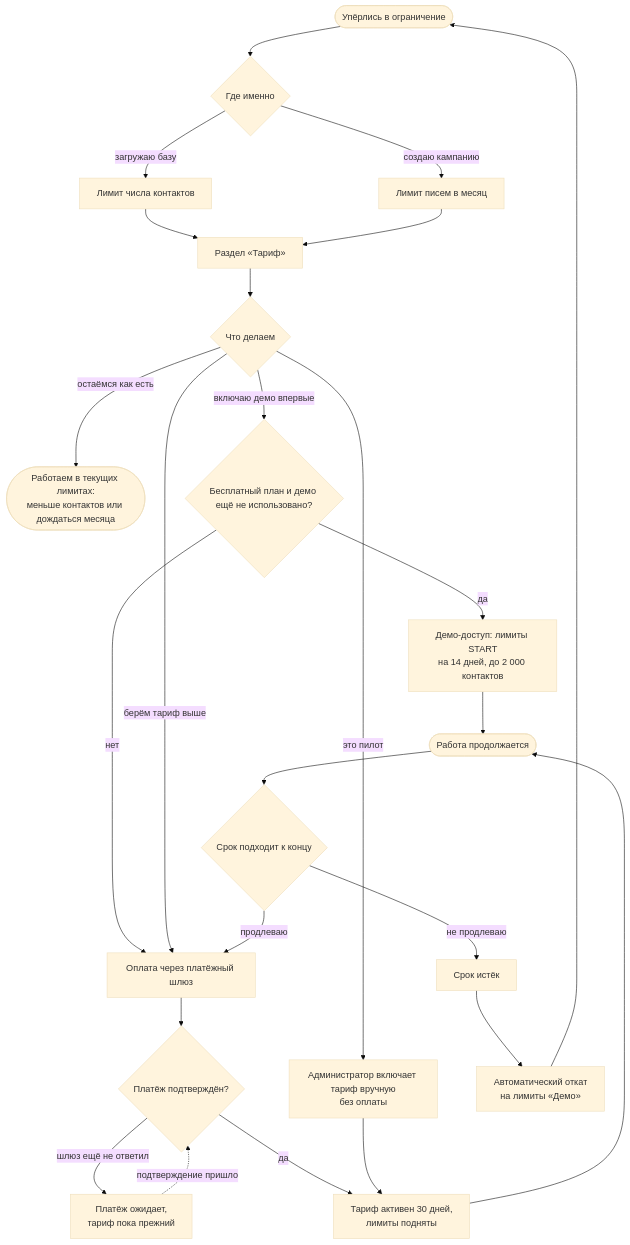
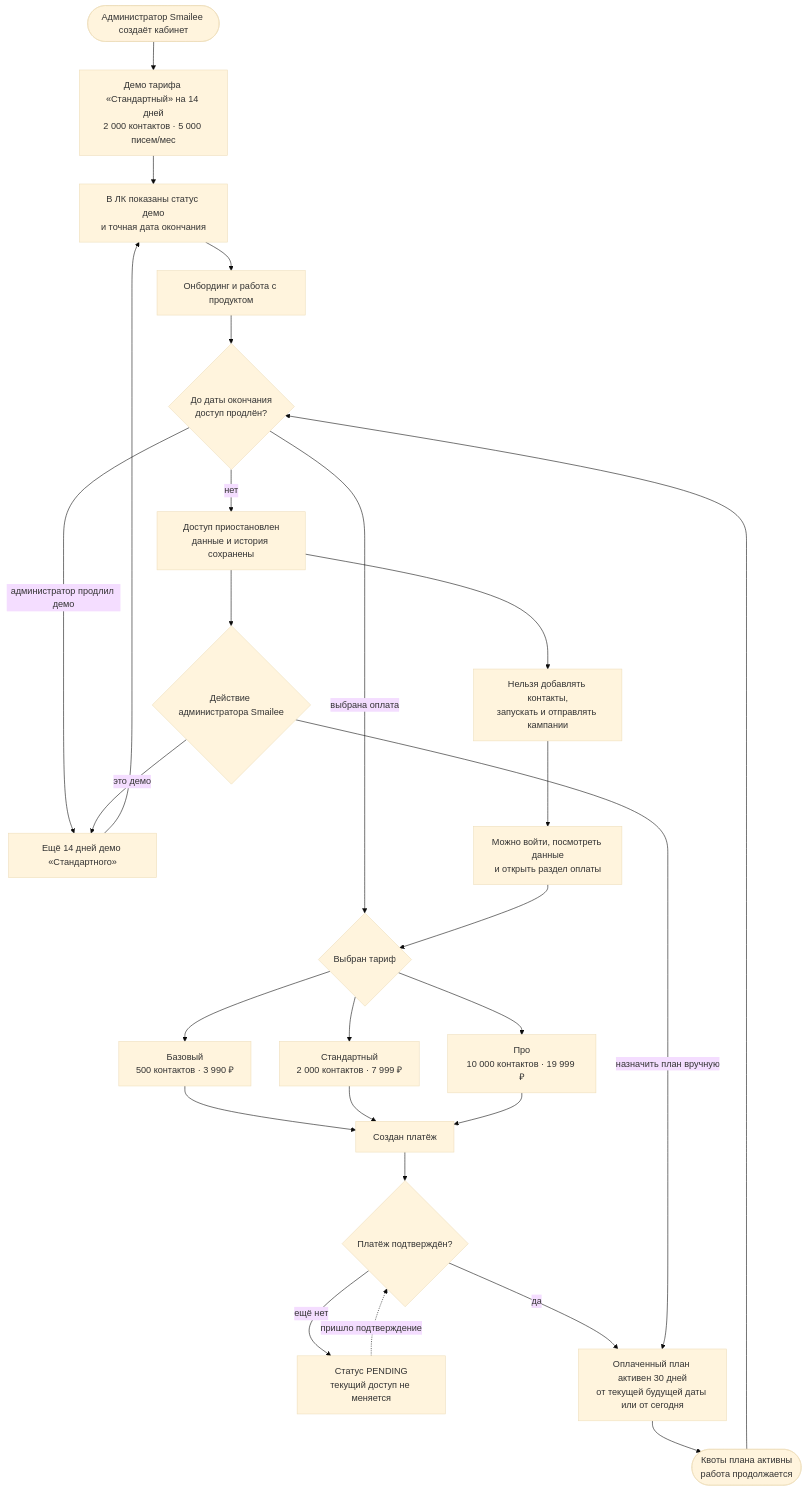
One commit to Egorizzz/smailee changed the diagram in docs/diagrams/billing.md. Above: the diagram before and after it, drawn with Mermaid (base theme). The commit also changed other lines of this file and 29 other files, not shown here.

Commit message:
feat(billing): add paid-only plans and standard trial

````diff
--- a/docs/diagrams/billing.md
+++ b/docs/diagrams/billing.md
@@ -17,32 +19,32 @@
 ```mermaid
 flowchart TD
-  Start([Упёрлись в ограничение]) --> Where{Где именно}
-  Where -->|загружаю базу| LimitContacts[Лимит числа контактов]
-  Where -->|создаю кампанию| LimitEmails[Лимит писем в месяц]
+  Create([Администратор Smailee создаёт кабинет]) --> Demo[Демо тарифа «Стандартный» на 14 дней<br/>2 000 контактов · 5 000 писем/мес]
+  Demo --> Visible[В ЛК показаны статус демо<br/>и точная дата окончания]
+  Visible --> Work[Онбординг и работа с продуктом]
 
-  LimitContacts --> Open[Раздел «Тариф»]
-  LimitEmails --> Open
-  Open --> Choose{Что делаем}
+  Work --> Decision{До даты окончания<br/>доступ продлён?}
+  Decision -->|администратор продлил демо| Extend[Ещё 14 дней демо «Стандартного»]
+  Extend --> Visible
+  Decision -->|выбрана оплата| Choose{Выбран тариф}
+  Choose --> Basic[Базовый<br/>500 контактов · 3 990 ₽]
+  Choose --> Standard[Стандартный<br/>2 000 контактов · 7 999 ₽]
+  Choose --> Pro[Про<br/>10 000 контактов · 19 999 ₽]
 
-  Choose -->|остаёмся как есть| Reduce([Работаем в текущих лимитах:<br/>меньше контактов или дождаться месяца])
-  Choose -->|включаю демо впервые| Demo{Бесплатный план и демо ещё не использовано?}
-  Demo -->|да| DemoActive[Демо-доступ: лимиты START<br/>на 14 дней, до 2 000 контактов]
-  Demo -->|нет| Pay[Оплата через платёжный шлюз]
-  Choose -->|берём тариф выше| Pay
-  Choose -->|это пилот| Admin[Администратор включает тариф вручную<br/>без оплаты]
+  Basic --> Payment[Создан платёж]
+  Standard --> Payment
+  Pro --> Payment
+  Payment --> Confirm{Платёж подтверждён?}
+  Confirm -->|ещё нет| Pending[Статус PENDING<br/>текущий доступ не меняется]
+  Pending -.->|пришло подтверждение| Confirm
+  Confirm -->|да| Paid[Оплаченный план активен 30 дней<br/>от текущей будущей даты или от сегодня]
+  Paid --> Active([Квоты плана активны<br/>работа продолжается])
+  Active --> Decision
 
-  Pay --> Confirm{Платёж подтверждён?}
-  Confirm -->|шлюз ещё не ответил| Pending[Платёж ожидает,<br/>тариф пока прежний]
-  Pending -.->|подтверждение пришло| Confirm
-  Confirm -->|да| Active
-
-  Admin --> Active[Тариф активен 30 дней,<br/>лимиты подняты]
-  DemoActive --> Work
-  Active --> Work([Работа продолжается])
-
-  Work --> Renew{Срок подходит к концу}
-  Renew -->|продлеваю| Pay
-  Renew -->|не продлеваю| Expire[Срок истёк]
-  Expire --> Fallback[Автоматический откат<br/>на лимиты «Демо»]
-  Fallback --> Start
+  Decision -->|нет| Frozen[Доступ приостановлен<br/>данные и история сохранены]
+  Frozen --> Blocked[Нельзя добавлять контакты,<br/>запускать и отправлять кампании]
+  Blocked --> Read[Можно войти, посмотреть данные<br/>и открыть раздел оплаты]
+  Read --> Choose
+  Frozen --> AdminChoice{Действие администратора Smailee}
+  AdminChoice -->|это демо| Extend
+  AdminChoice -->|назначить план вручную| Paid
 ```
````
